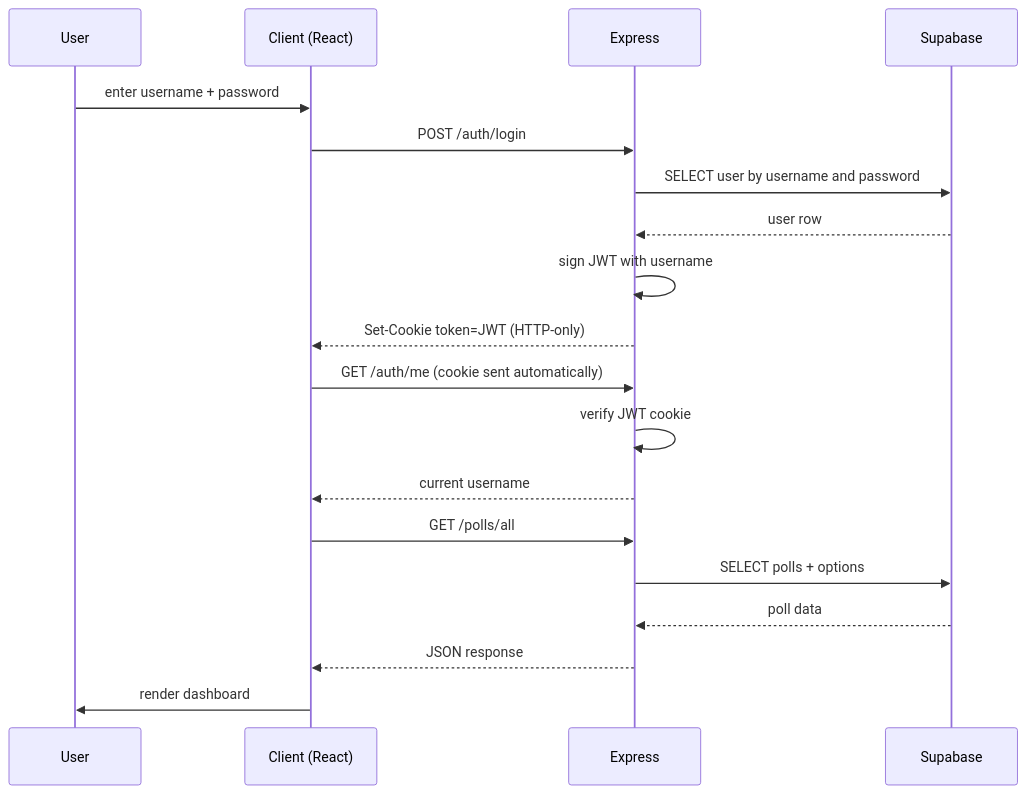
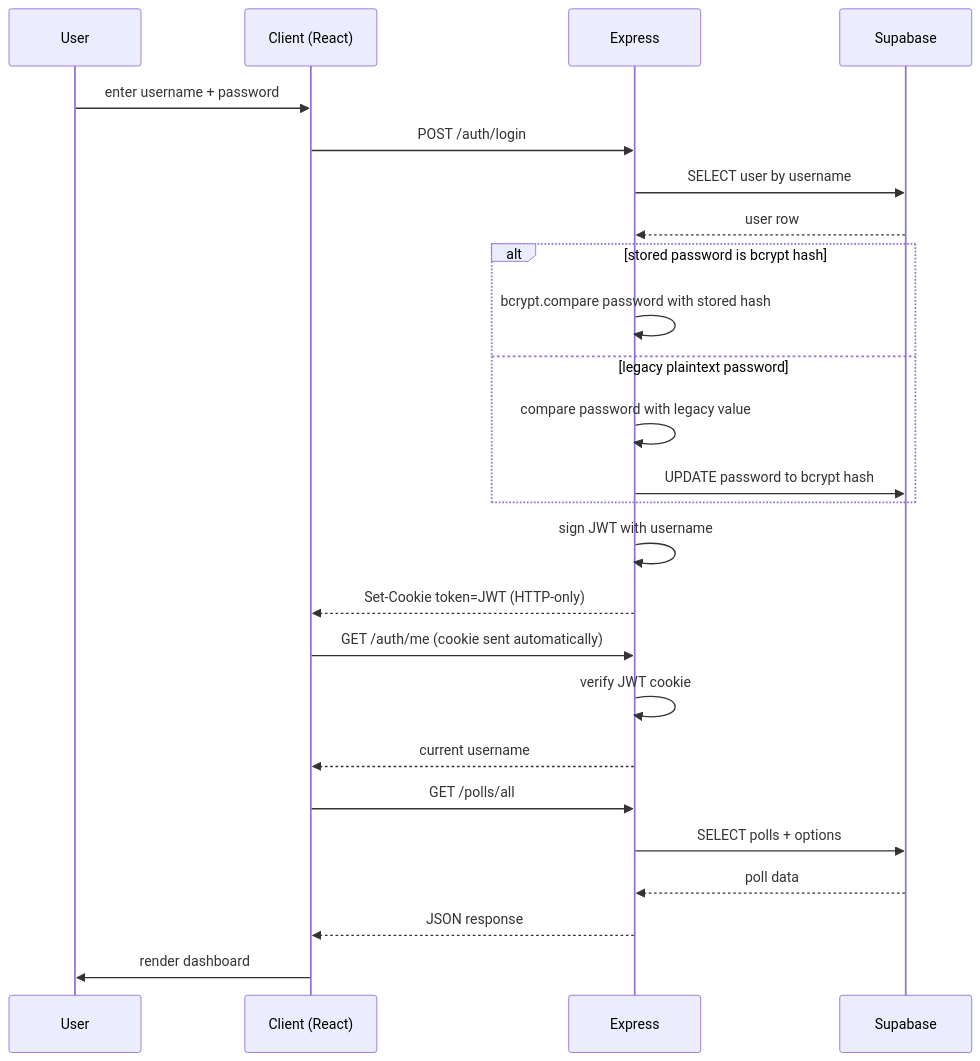
Before and after one commit to AaronFan5/CS35L-Project: the second of 2 diagrams in README.md, drawn with Mermaid. The commit also changed other lines of this file, not shown here.

Commit message:
Update README for auth hashing and charts

````diff
--- a/README.md
+++ b/README.md
@@ -62,21 +62,27 @@
 ```mermaid
 sequenceDiagram
   participant U as User
   participant C as Client (React)
   participant S as Express
   participant DB as Supabase
   U->>C: enter username + password
   C->>S: POST /auth/login
-  S->>DB: SELECT user by username and password
+  S->>DB: SELECT user by username
   DB-->>S: user row
+  alt stored password is bcrypt hash
+    S->>S: bcrypt.compare password with stored hash
+  else legacy plaintext password
+    S->>S: compare password with legacy value
+    S->>DB: UPDATE password to bcrypt hash
+  end
   S->>S: sign JWT with username
   S-->>C: Set-Cookie token=JWT (HTTP-only)
   C->>S: GET /auth/me (cookie sent automatically)
   S->>S: verify JWT cookie
   S-->>C: current username
   C->>S: GET /polls/all
   S->>DB: SELECT polls + options
   DB-->>S: poll data
   S-->>C: JSON response
   C->>U: render dashboard
 ```
````
